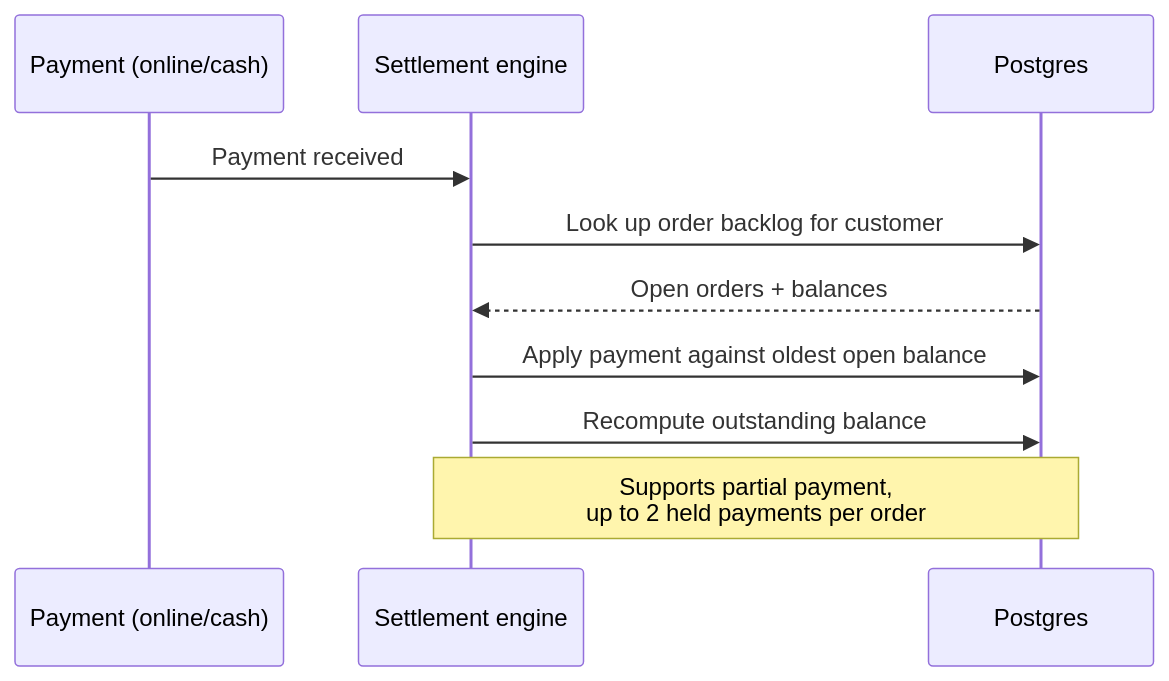
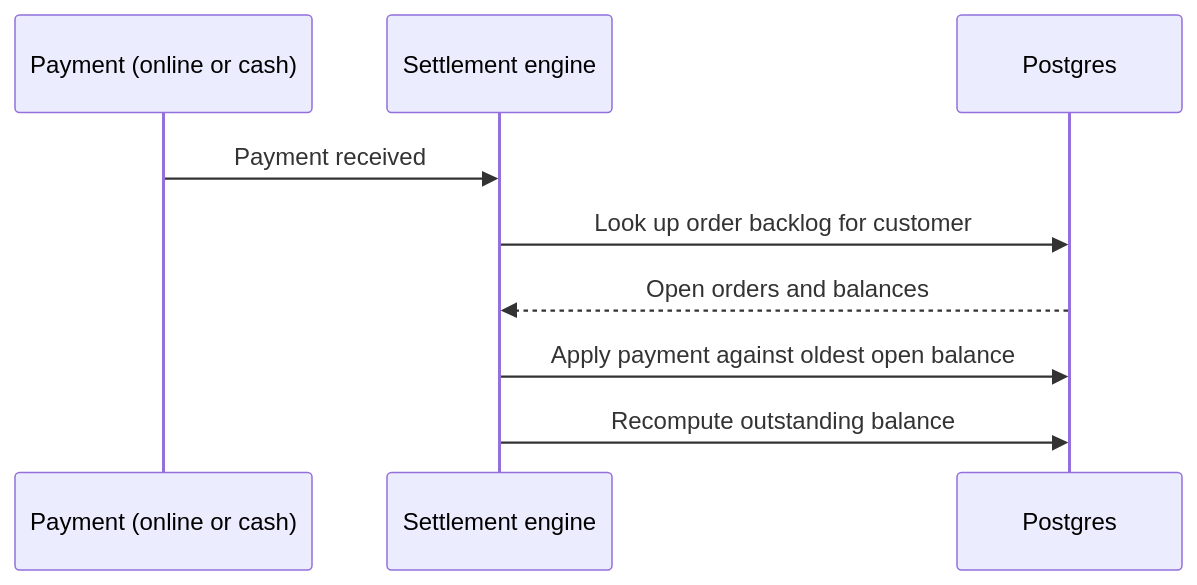
The second of 2 diagrams in README.md (VaibhaviPhalle/GaneshSales), drawn with Mermaid before and after one commit. The commit also changed other lines of this file, not shown here.

````diff
--- a/README.md
+++ b/README.md
@@ -47,13 +54,12 @@
 ```mermaid
 sequenceDiagram
-    participant P as Payment (online/cash)
+    participant P as Payment (online or cash)
     participant S as Settlement engine
     participant DB as Postgres
 
     P->>S: Payment received
     S->>DB: Look up order backlog for customer
-    DB-->>S: Open orders + balances
+    DB-->>S: Open orders and balances
     S->>DB: Apply payment against oldest open balance
     S->>DB: Recompute outstanding balance
-    Note over S,DB: Supports partial payment,<br/>up to 2 held payments per order
 ```
````
